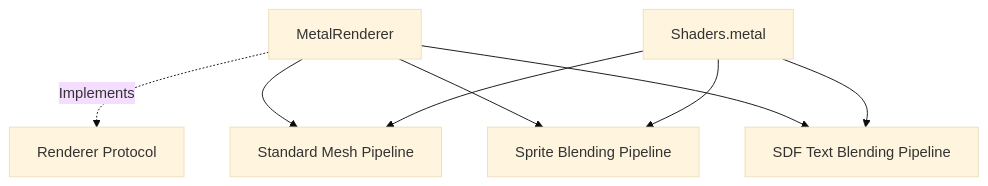
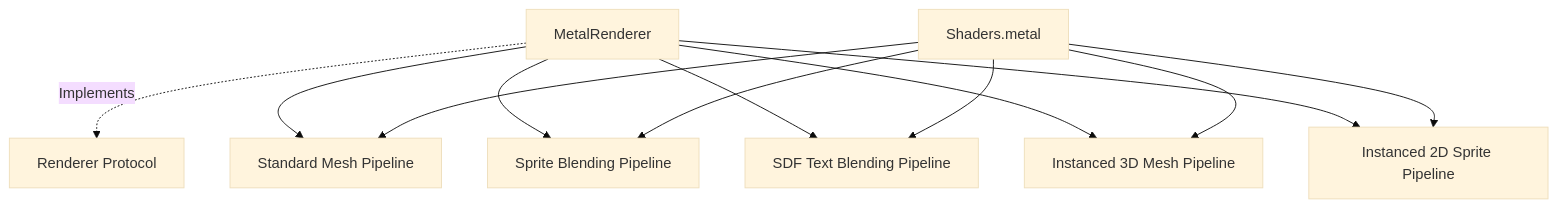
One commit to tsharju/AcornEngine changed the second of 6 diagrams in Engine/README.md. Above: the diagram before and after it, drawn with Mermaid (base theme). The commit also changed other lines of this file and 2 other files, not shown here.

Commit message:
docs: update documentation for EventBus, InputSystem, AudioSystem, physics contacts, and instanced rendering

````diff
--- a/Engine/README.md
+++ b/Engine/README.md
@@ -81,13 +126,17 @@
 ```mermaid
 graph TD
     Renderer[Renderer Protocol]
     MetalRenderer[MetalRenderer] -.->|Implements| Renderer
     
     MetalRenderer --> PipelineState[Standard Mesh Pipeline]
     MetalRenderer --> SpriteState[Sprite Blending Pipeline]
     MetalRenderer --> TextState[SDF Text Blending Pipeline]
+    MetalRenderer --> InstancedMesh[Instanced 3D Mesh Pipeline]
+    MetalRenderer --> InstancedSprite[Instanced 2D Sprite Pipeline]
     
     Shaders[Shaders.metal] --> PipelineState
     Shaders --> SpriteState
     Shaders --> TextState
+    Shaders --> InstancedMesh
+    Shaders --> InstancedSprite
 ```
````
